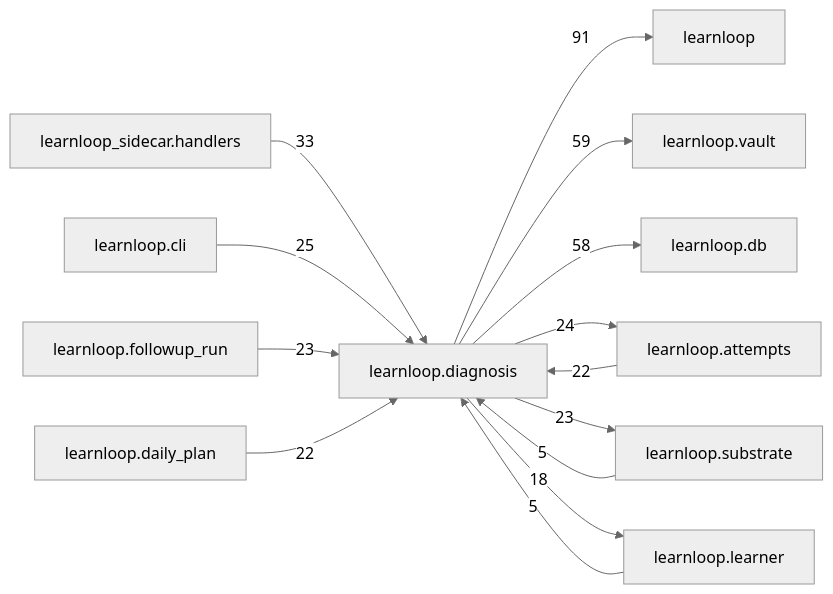
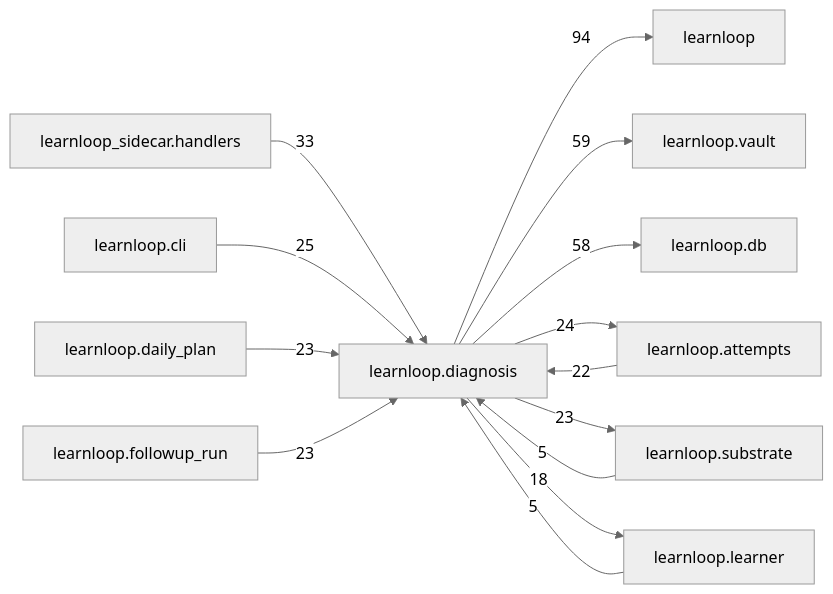
Before and after one commit to 6up-b/learnanything: the diagram in docs/learnloop-architecture-vault/Reference/Modules/learnloop/diagnosis/_package.md, drawn with Mermaid (neutral theme). The commit also changed other lines of this file and 158 other files, not shown here.

````diff
--- a/docs/learnloop-architecture-vault/Reference/Modules/learnloop/diagnosis/_package.md
+++ b/docs/learnloop-architecture-vault/Reference/Modules/learnloop/diagnosis/_package.md
@@ -261,27 +261,27 @@
 ```mermaid
 flowchart LR
     center["learnloop.diagnosis"]
     n_learnloop["learnloop"]
     n_learnloop_vault["learnloop.vault"]
     n_learnloop_db["learnloop.db"]
     n_learnloop_attempts["learnloop.attempts"]
     n_learnloop_sidecar_handlers["learnloop_sidecar.handlers"]
     n_learnloop_substrate["learnloop.substrate"]
     n_learnloop_cli["learnloop.cli"]
+    n_learnloop_daily_plan["learnloop.daily_plan"]
     n_learnloop_followup_run["learnloop.followup_run"]
     n_learnloop_learner["learnloop.learner"]
-    n_learnloop_daily_plan["learnloop.daily_plan"]
-    center -->|91| n_learnloop
+    center -->|94| n_learnloop
     center -->|59| n_learnloop_vault
     center -->|58| n_learnloop_db
     n_learnloop_attempts -->|22| center
     center -->|24| n_learnloop_attempts
     n_learnloop_sidecar_handlers -->|33| center
     n_learnloop_substrate -->|5| center
     center -->|23| n_learnloop_substrate
     n_learnloop_cli -->|25| center
+    n_learnloop_daily_plan -->|23| center
     n_learnloop_followup_run -->|23| center
     n_learnloop_learner -->|5| center
     center -->|18| n_learnloop_learner
-    n_learnloop_daily_plan -->|22| center
 ```
````
